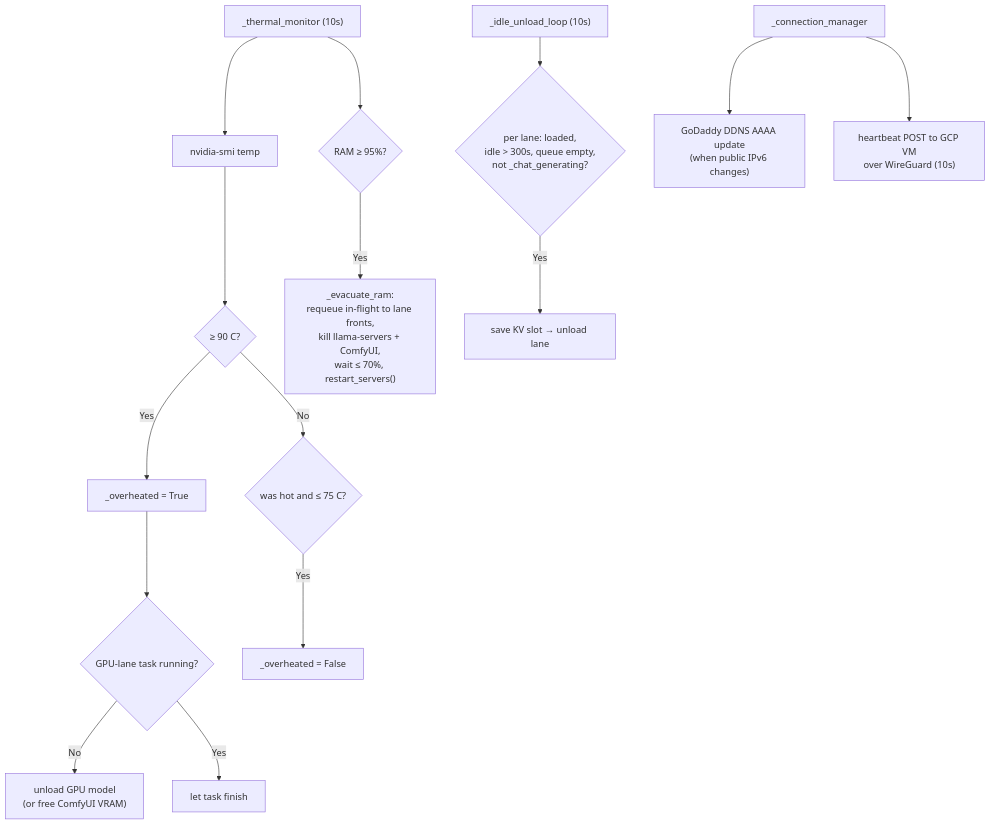
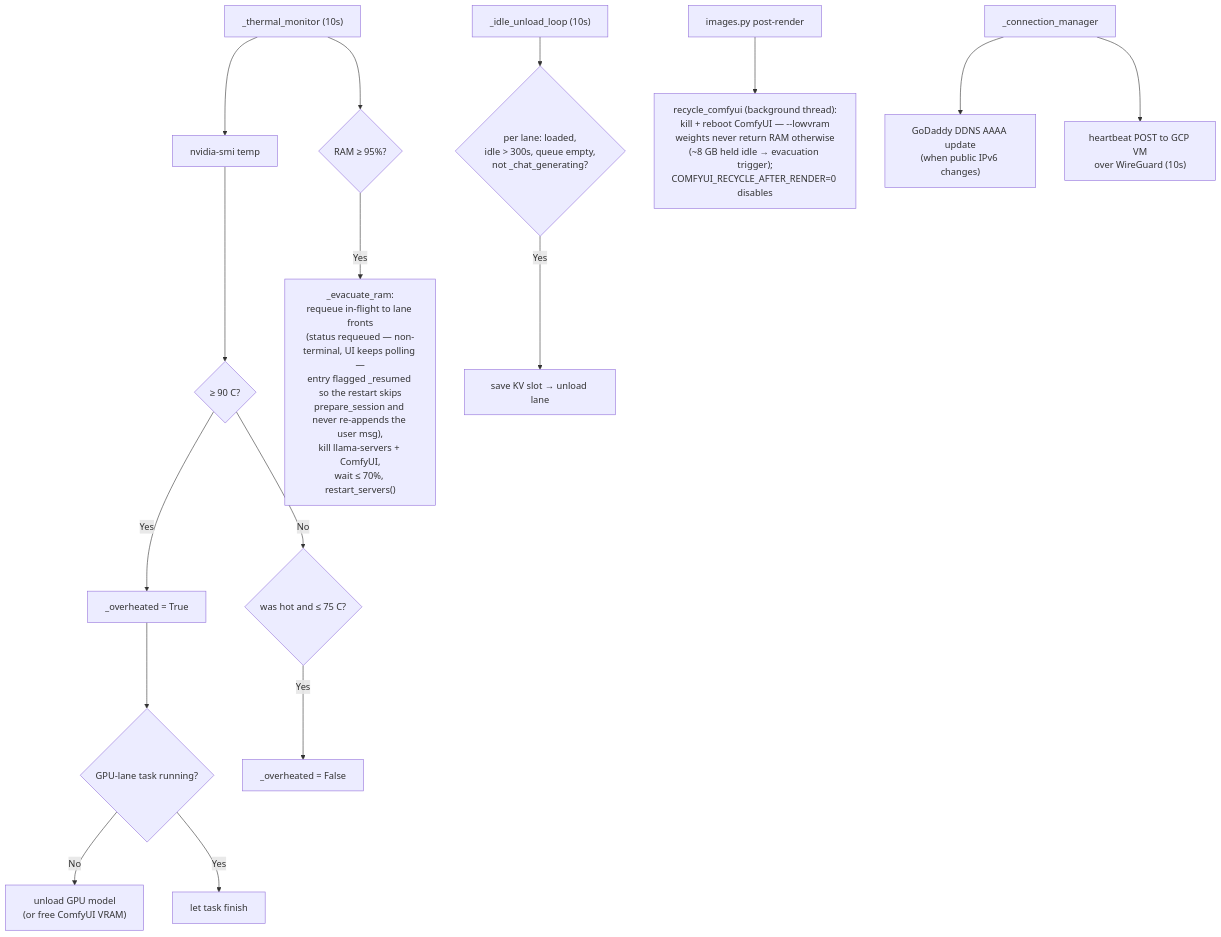
One commit to Palash90/local-ai changed diagram 12 of 13 in ARCHITECTURE.md. Above: the diagram before and after it, drawn with Mermaid. The commit also changed other lines of this file and 16 other files, not shown here.

````diff
--- a/ARCHITECTURE.md
+++ b/ARCHITECTURE.md
@@ -386,17 +409,18 @@
 ```mermaid
 graph TD
     TM["_thermal_monitor (10s)"] --> Temp["nvidia-smi temp"]
     Temp --> Hot{"≥ 90 C?"}
     Hot -- Yes --> OH["_overheated = True"]
     OH --> Run{"GPU-lane task running?"}
     Run -- No --> Unload["unload GPU model\n(or free ComfyUI VRAM)"]
     Run -- Yes --> LetFinish["let task finish"]
     Hot -- No --> Cool{"was hot and ≤ 75 C?"}
     Cool -- Yes --> Clear["_overheated = False"]
     TM --> RAM{"RAM ≥ 95%?"}
-    RAM -- Yes --> Evac["_evacuate_ram:\nrequeue in-flight to lane fronts,\nkill llama-servers + ComfyUI,\nwait ≤ 70%, restart_servers()"]
+    RAM -- Yes --> Evac["_evacuate_ram:\nrequeue in-flight to lane fronts\n(status requeued — non-terminal, UI keeps polling —\nentry flagged _resumed so the restart skips\nprepare_session and never re-appends the user msg),\nkill llama-servers + ComfyUI,\nwait ≤ 70%, restart_servers()"]
     IDLE["_idle_unload_loop (10s)"] --> ICheck{"per lane: loaded,\nidle > 300s, queue empty,\nnot _chat_generating?"}
     ICheck -- Yes --> ISave["save KV slot → unload lane"]
+    IMG["images.py post-render"] --> REC["recycle_comfyui (background thread):\nkill + reboot ComfyUI — --lowvram\nweights never return RAM otherwise\n(~8 GB held idle → evacuation trigger);\nCOMFYUI_RECYCLE_AFTER_RENDER=0 disables"]
     CM["_connection_manager"] --> DNS["GoDaddy DDNS AAAA update\n(when public IPv6 changes)"]
     CM --> HB["heartbeat POST to GCP VM\nover WireGuard (10s)"]
 ```
````
